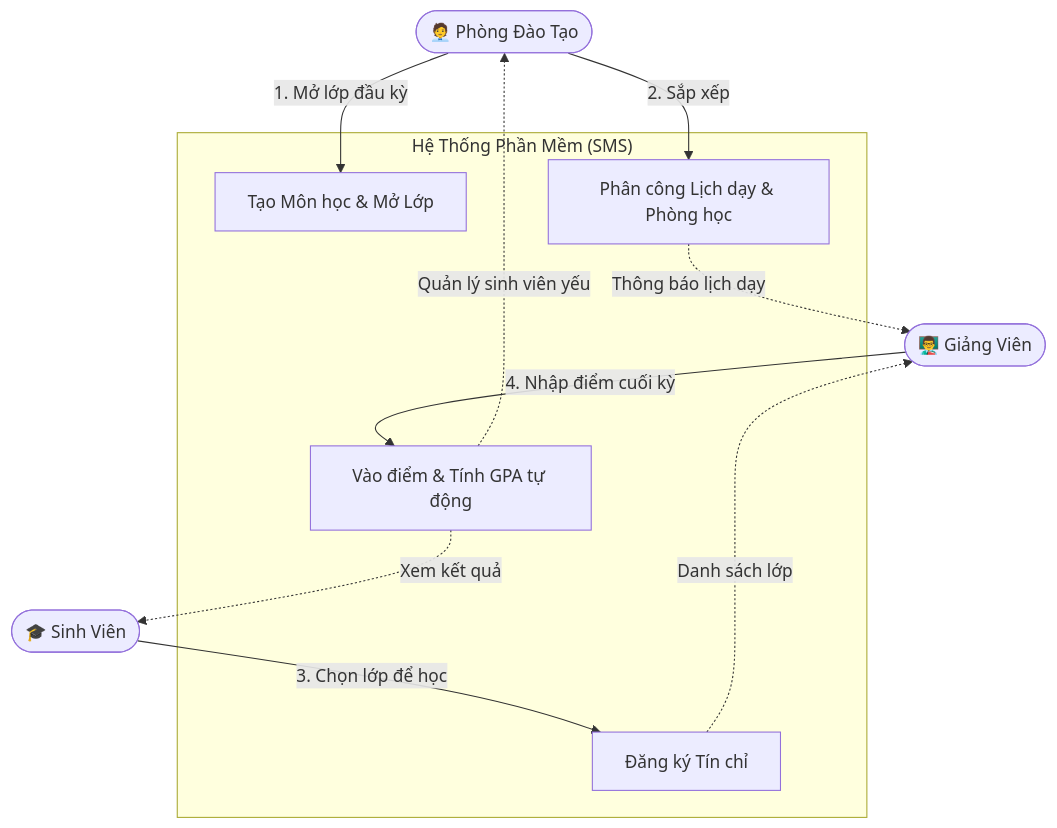
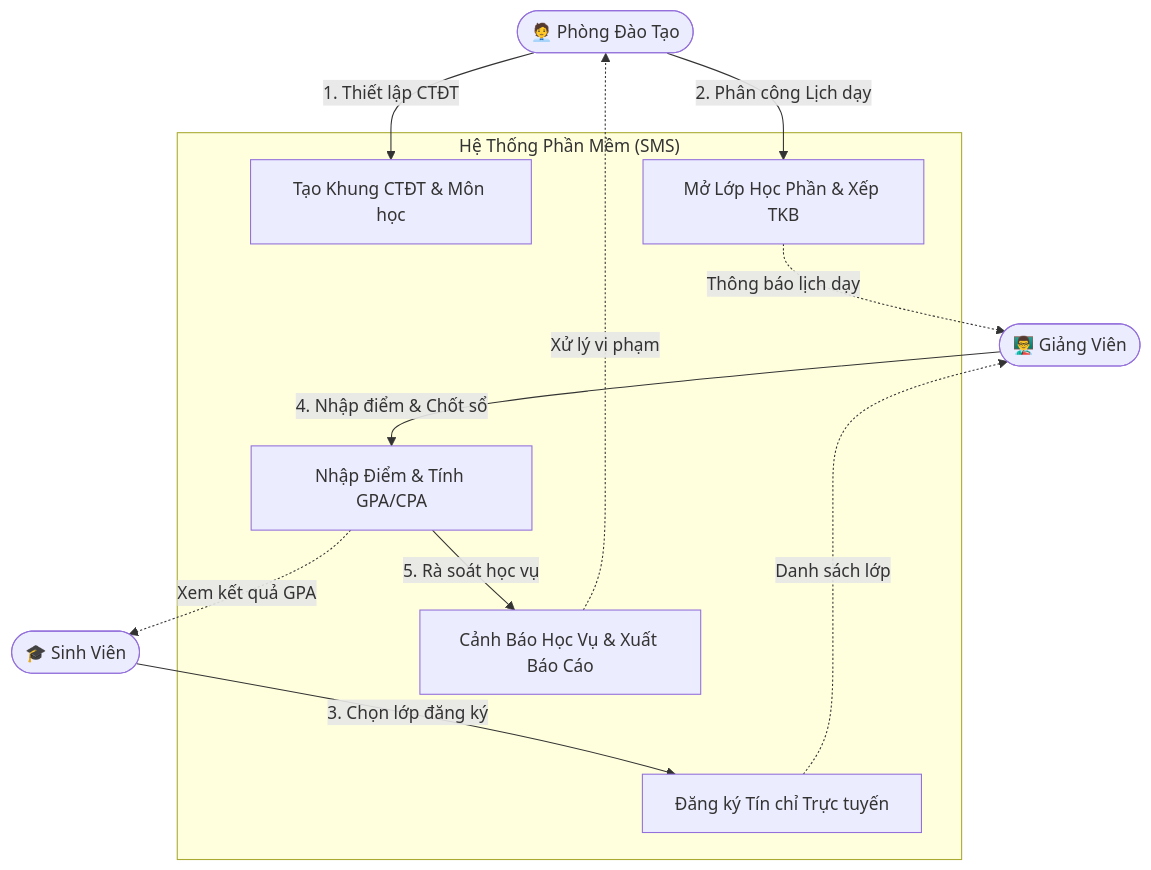
The diagram in README.md (DevMarkie/DoAnChuyenNganh), drawn with Mermaid before and after one commit. The commit also changed other lines of this file and 161 other files, not shown here.

````diff
--- a/README.md
+++ b/README.md
@@ -52,25 +63,24 @@
 ```mermaid
 flowchart TD
     Admin(["🧑‍💼 Phòng Đào Tạo"])
     Teacher(["👨‍🏫 Giảng Viên"])
     Student(["🎓 Sinh Viên"])
 
     subgraph "Hệ Thống Phần Mềm (SMS)"
-        A[Tạo Môn học & Mở Lớp]
-        B[Phân công Lịch dạy & Phòng học]
-        C[Đăng ký Tín chỉ]
-        D[Vào điểm & Tính GPA tự động]
+        A[Tạo Khung CTĐT & Môn học]
+        B[Mở Lớp Học Phần & Xếp TKB]
+        C[Đăng ký Tín chỉ Trực tuyến]
+        D[Nhập Điểm & Tính GPA/CPA]
+        E[Cảnh Báo Học Vụ & Xuất Báo Cáo]
     end
 
-    Admin -->|"1. Mở lớp đầu kỳ"| A
-    Admin -->|"2. Sắp xếp"| B
-    
+    Admin -->|"1. Thiết lập CTĐT"| A
+    Admin -->|"2. Phân công Lịch dạy"| B
     B -.->|"Thông báo lịch dạy"| Teacher
-    
-    Student -->|"3. Chọn lớp để học"| C
+    Student -->|"3. Chọn lớp đăng ký"| C
     C -.->|"Danh sách lớp"| Teacher
-    
-    Teacher -->|"4. Nhập điểm cuối kỳ"| D
-    D -.->|"Xem kết quả"| Student
-    D -.->|"Quản lý sinh viên yếu"| Admin
+    Teacher -->|"4. Nhập điểm & Chốt sổ"| D
+    D -.->|"Xem kết quả GPA"| Student
+    D -->|"5. Rà soát học vụ"| E
+    E -.->|"Xử lý vi phạm"| Admin
 ```
````
